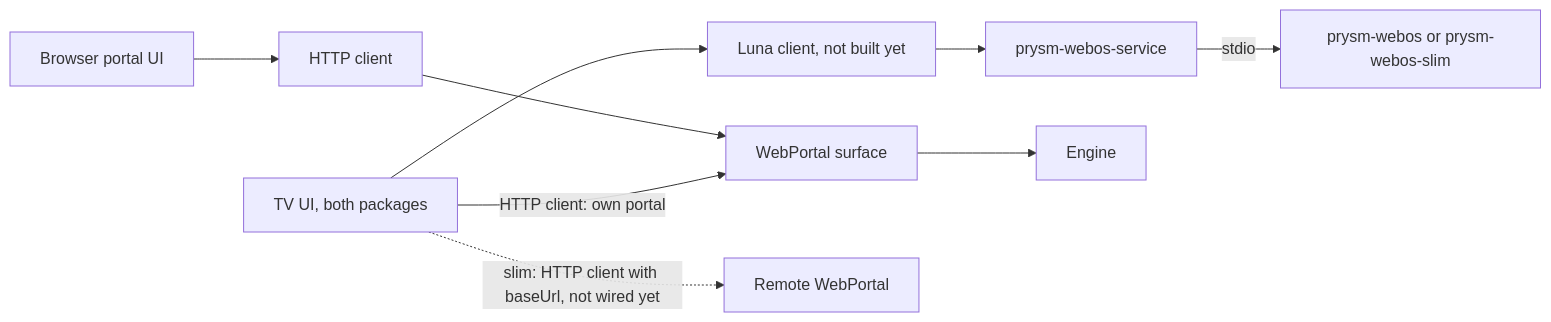
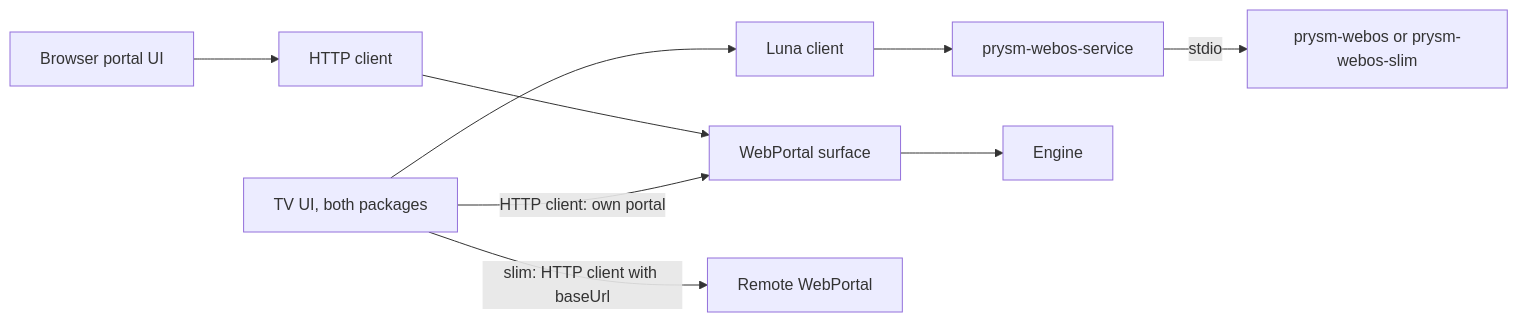
One commit to ericschaal/prysm changed the diagram in v1/UI-ASSEMBLIES.md. Above: the diagram before and after it, drawn with Mermaid. The commit also changed other lines of this file and 30 other files, not shown here.

First line of the commit message:
feat(v1): TV app UI on the v1 Luna service for full and slim

````diff
--- a/v1/UI-ASSEMBLIES.md
+++ b/v1/UI-ASSEMBLIES.md
@@ -40,9 +48,9 @@
 ```mermaid
 flowchart LR
     Browser[Browser portal UI] --> HTTP[HTTP client] --> Portal[WebPortal surface]
-    TV[TV UI, both packages] --> Luna[Luna client, not built yet] --> Supervisor[prysm-webos-service]
+    TV[TV UI, both packages] --> Luna[Luna client] --> Supervisor[prysm-webos-service]
     Supervisor -->|stdio| Worker[prysm-webos or prysm-webos-slim]
     TV -->|HTTP client: own portal| Portal
     Portal --> Engine
-    TV -.->|slim: HTTP client with baseUrl, not wired yet| Remote[Remote WebPortal]
+    TV -->|slim: HTTP client with baseUrl| Remote[Remote WebPortal]
 ```
````
